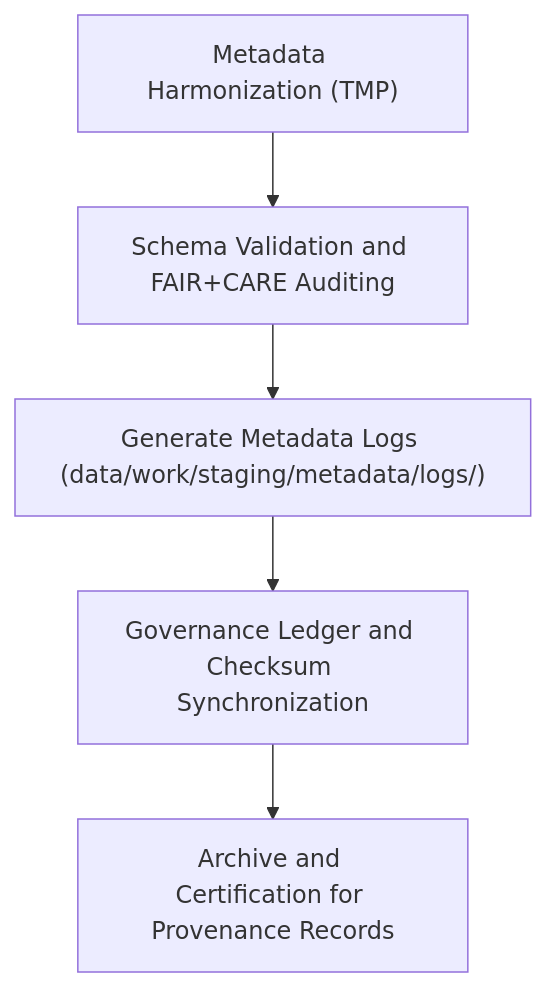
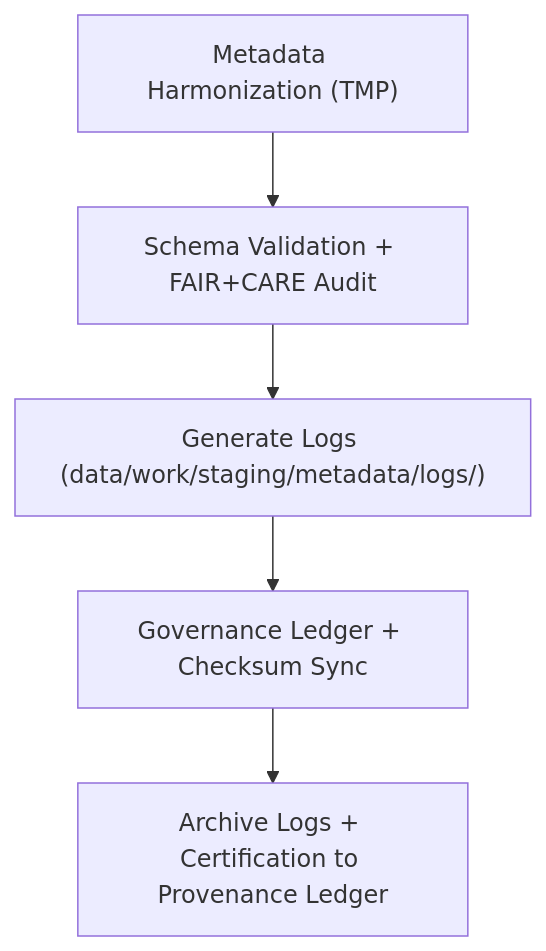
The diagram in data/work/staging/metadata/logs/README.md (bartytime4life/Kansas-Frontier-Matrix), drawn with Mermaid before and after one commit. The commit also changed other lines of this file, not shown here.

````diff
--- a/data/work/staging/metadata/logs/README.md
+++ b/data/work/staging/metadata/logs/README.md
@@ -62,7 +65,7 @@
 ```mermaid
 flowchart TD
-    A["Metadata Harmonization (TMP)"] --> B["Schema Validation and FAIR+CARE Auditing"]
-    B --> C["Generate Metadata Logs (data/work/staging/metadata/logs/)"]
-    C --> D["Governance Ledger and Checksum Synchronization"]
-    D --> E["Archive and Certification for Provenance Records"]
+    A["Metadata Harmonization (TMP)"] --> B["Schema Validation + FAIR+CARE Audit"]
+    B --> C["Generate Logs (data/work/staging/metadata/logs/)"]
+    C --> D["Governance Ledger + Checksum Sync"]
+    D --> E["Archive Logs + Certification to Provenance Ledger"]
 ```
````
